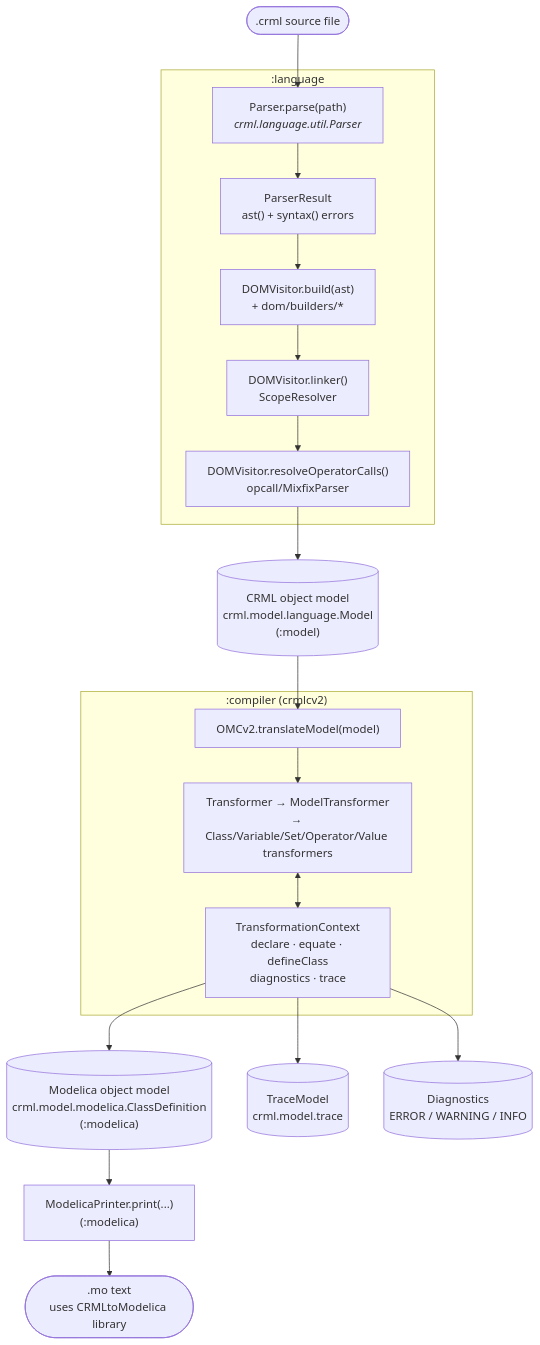
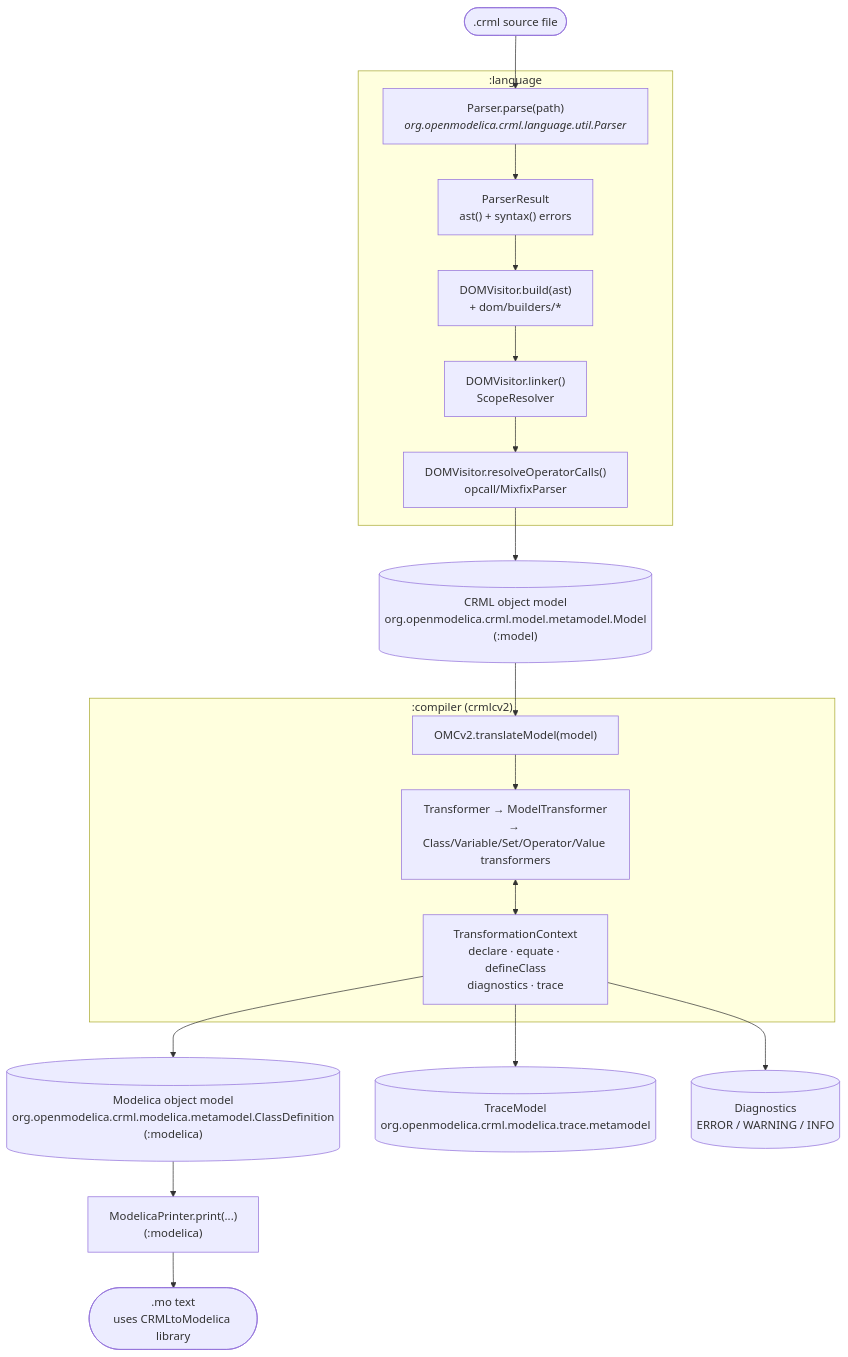
One commit to OpenModelica/CRML changed the third of 19 diagrams in documentation/design/developer-guide.md. Above: the diagram before and after it, drawn with Mermaid. The commit also changed other lines of this file and 377 other files, not shown here.

Commit message:
Setting package structure to org.openmodelica.crml to follow Java conventions

````diff
--- a/documentation/design/developer-guide.md
+++ b/documentation/design/developer-guide.md
@@ -152,30 +152,30 @@
 ```mermaid
 flowchart TD
     src([".crml source file"])
     subgraph LANG[":language"]
-        P["Parser.parse(path)<br/><i>crml.language.util.Parser</i>"]
+        P["Parser.parse(path)<br/><i>org.openmodelica.crml.language.util.Parser</i>"]
         AST["ParserResult<br/>ast() + syntax() errors"]
         DOM["DOMVisitor.build(ast)<br/>+ dom/builders/*"]
         LNK["DOMVisitor.linker()<br/>ScopeResolver"]
         MIX["DOMVisitor.resolveOperatorCalls()<br/>opcall/MixfixParser"]
     end
-    OM[("CRML object model<br/>crml.model.language.Model<br/>(:model)")]
+    OM[("CRML object model<br/>org.openmodelica.crml.model.metamodel.Model<br/>(:model)")]
     subgraph COMP[":compiler (crmlcv2)"]
         OMC["OMCv2.translateModel(model)"]
         TR["Transformer → ModelTransformer<br/>→ Class/Variable/Set/Operator/Value transformers"]
         CTX["TransformationContext<br/>declare · equate · defineClass<br/>diagnostics · trace"]
     end
-    MM[("Modelica object model<br/>crml.model.modelica.ClassDefinition<br/>(:modelica)")]
-    TRACE[("TraceModel<br/>crml.model.trace")]
+    MM[("Modelica object model<br/>org.openmodelica.crml.modelica.metamodel.ClassDefinition<br/>(:modelica)")]
+    TRACE[("TraceModel<br/>org.openmodelica.crml.modelica.trace.metamodel")]
     DIAG[("Diagnostics<br/>ERROR / WARNING / INFO")]
     PR["ModelicaPrinter.print(...)<br/>(:modelica)"]
     out([".mo text<br/>uses CRMLtoModelica library"])
 
     src --> P --> AST --> DOM --> LNK --> MIX --> OM
     OM --> OMC --> TR
     TR <--> CTX
     CTX --> MM
     CTX --> TRACE
     CTX --> DIAG
     MM --> PR --> out
 ```
````
